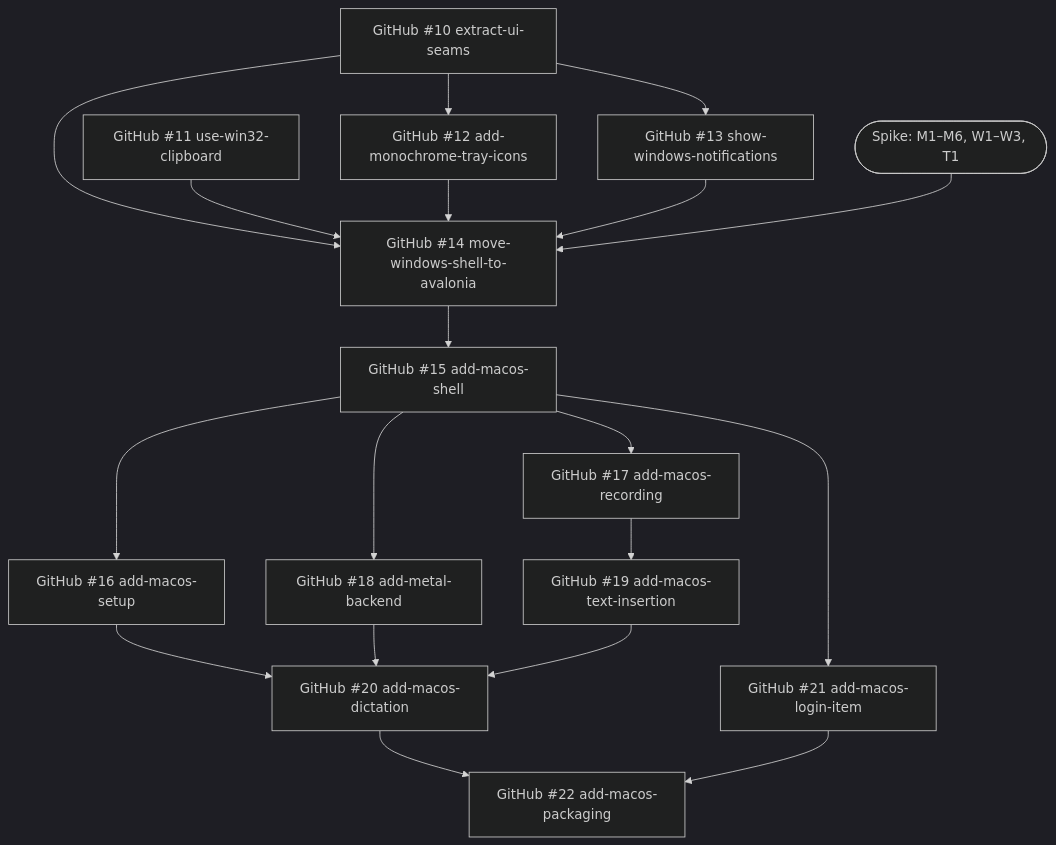
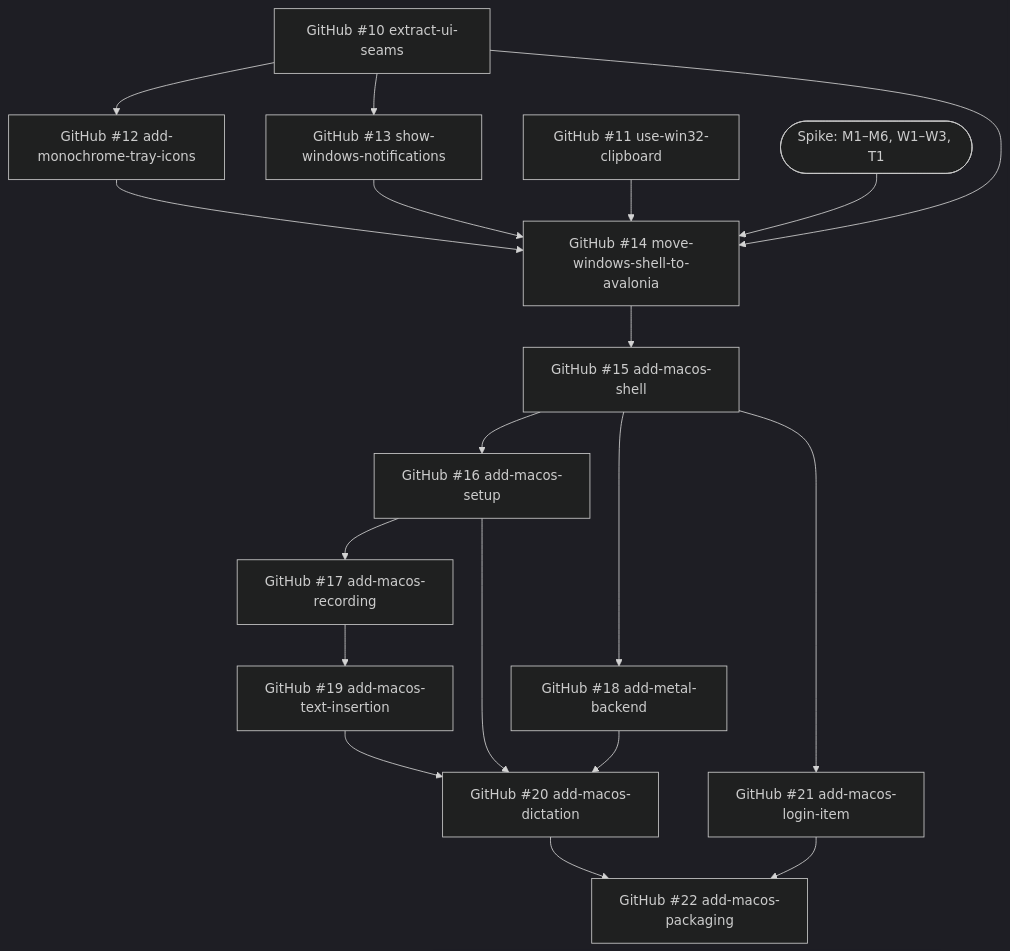
The second of 2 diagrams in docs/roadmap.md (mschnecke/pisum-transcribe), drawn with Mermaid (dark theme) before and after one commit. The commit also changed other lines of this file and 65 other files, not shown here.

````diff
--- a/docs/roadmap.md
+++ b/docs/roadmap.md
@@ -77,21 +77,21 @@
 ```mermaid
 graph TD
     G10["GitHub #10 extract-ui-seams"] --> G12["GitHub #12 add-monochrome-tray-icons"]
     G10 --> G13["GitHub #13 show-windows-notifications"]
     G10 --> G14["GitHub #14 move-windows-shell-to-avalonia"]
     G11["GitHub #11 use-win32-clipboard"] --> G14
     G12 --> G14
     G13 --> G14
     SP(["Spike: M1–M6, W1–W3, T1"]) --> G14
     G14 --> G15["GitHub #15 add-macos-shell"]
     G15 --> G16["GitHub #16 add-macos-setup"]
-    G15 --> G17["GitHub #17 add-macos-recording"]
+    G16 --> G17["GitHub #17 add-macos-recording"]
     G15 --> G18["GitHub #18 add-metal-backend"]
     G15 --> G21["GitHub #21 add-macos-login-item"]
     G17 --> G19["GitHub #19 add-macos-text-insertion"]
     G16 --> G20["GitHub #20 add-macos-dictation"]
     G18 --> G20
     G19 --> G20
     G20 --> G22["GitHub #22 add-macos-packaging"]
     G21 --> G22
 ```
````
